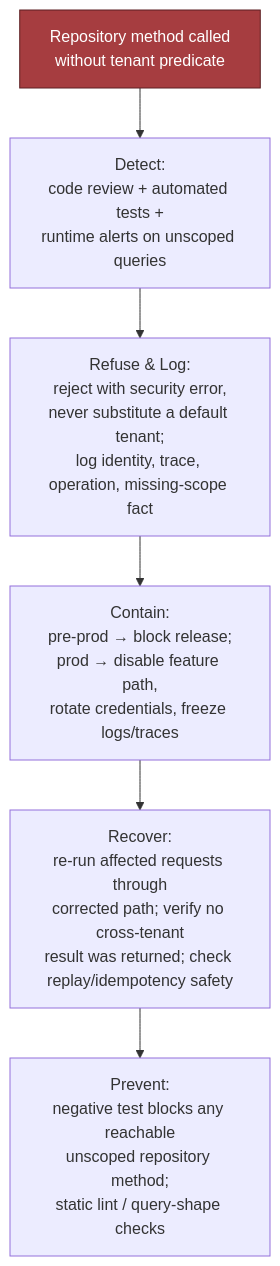
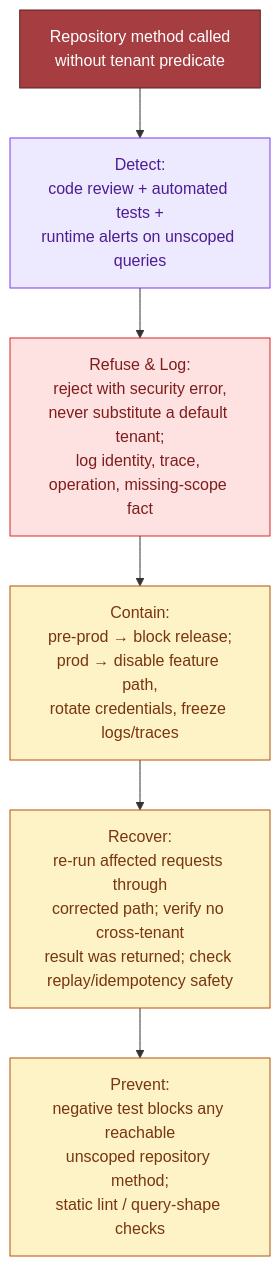
The first of 2 diagrams in 02_System_Design_Case_Studies/Scenario_Packs_G01_G20/G07_Secure_Multi_Tenant_AI_Platform/4_Full_Design/G07_Full_Design_Part_3.md (Sourav692/Forward-Deployed-Engineer-Interview-Prep), drawn with Mermaid before and after one commit. The commit also changed other lines of this file and 1268 other files, not shown here.

First line of the commit message:
content: polish Casebook writing and Mermaid diagrams (#251)

````diff
--- a/02_System_Design_Case_Studies/Scenario_Packs_G01_G20/G07_Secure_Multi_Tenant_AI_Platform/4_Full_Design/G07_Full_Design_Part_3.md
+++ b/02_System_Design_Case_Studies/Scenario_Packs_G01_G20/G07_Secure_Multi_Tenant_AI_Platform/4_Full_Design/G07_Full_Design_Part_3.md
@@ -29,9 +47,19 @@
 ```mermaid
 flowchart TD
     A["Repository method called\nwithout tenant predicate"] --> B["Detect:\ncode review + automated tests +\nruntime alerts on unscoped queries"]
     B --> C["Refuse & Log:\nreject with security error,\nnever substitute a default tenant;\nlog identity, trace, operation, missing-scope fact"]
     C --> D["Contain:\npre-prod → block release;\nprod → disable feature path,\nrotate credentials, freeze logs/traces"]
     D --> E["Recover:\nre-run affected requests through\ncorrected path; verify no cross-tenant\nresult was returned; check replay/idempotency safety"]
     E --> F["Prevent:\nnegative test blocks any reachable\nunscoped repository method;\nstatic lint / query-shape checks"]
     style A fill:#a63d40,stroke:#5c1f22,color:#fff
+
+    %% Casebook colours: entry, reasoning, results, controls, and stopped paths.
+    classDef cbInput fill:#dbeafe,stroke:#2563eb,color:#172554
+    class A cbInput
+    classDef cbReason fill:#ede9fe,stroke:#7c3aed,color:#4c1d95
+    class B cbReason
+    classDef cbStop fill:#fee2e2,stroke:#dc2626,color:#7f1d1d
+    class C cbStop
+    classDef cbPolicy fill:#fef3c7,stroke:#b45309,color:#78350f
+    class D,E,F cbPolicy
 ```
````
